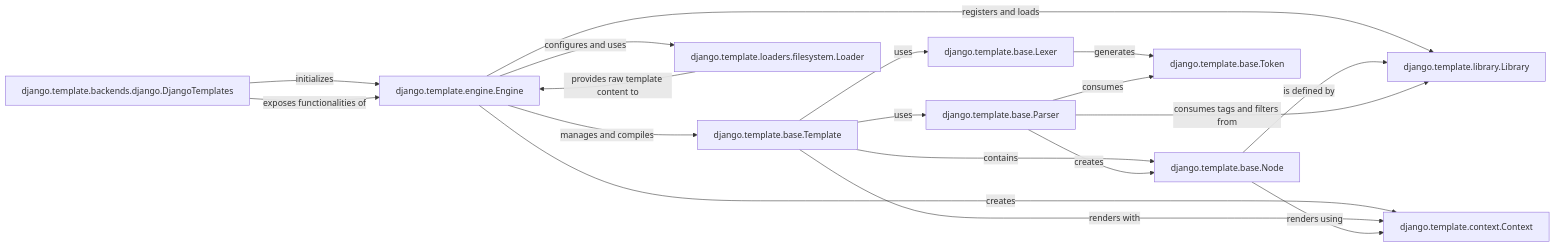
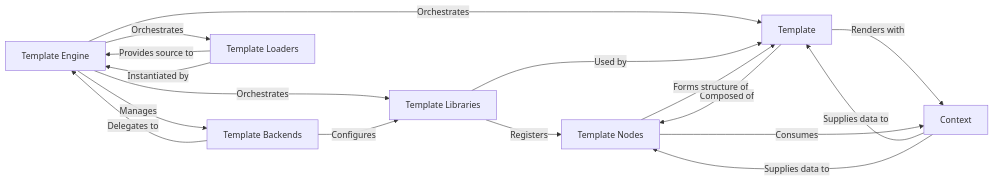
One commit to CodeBoarding/GeneratedOnBoardings changed the diagram in django/Template_Engine.md. Above: the diagram before and after it, drawn with Mermaid. The commit also changed other lines of this file and 70 other files, not shown here.

````diff
--- a/django/Template_Engine.md
+++ b/django/Template_Engine.md
@@ -1,40 +1,30 @@
 ```mermaid
 graph LR
-    django_template_engine_Engine["django.template.engine.Engine"]
-    django_template_base_Template["django.template.base.Template"]
-    django_template_context_Context["django.template.context.Context"]
-    django_template_library_Library["django.template.library.Library"]
-    django_template_loaders_filesystem_Loader["django.template.loaders.filesystem.Loader"]
-    django_template_base_Lexer["django.template.base.Lexer"]
-    django_template_base_Parser["django.template.base.Parser"]
-    django_template_base_Node["django.template.base.Node"]
-    django_template_base_Token["django.template.base.Token"]
-    django_template_backends_django_DjangoTemplates["django.template.backends.django.DjangoTemplates"]
-    django_template_engine_Engine -- "configures and uses" --> django_template_loaders_filesystem_Loader
-    django_template_engine_Engine -- "manages and compiles" --> django_template_base_Template
-    django_template_engine_Engine -- "registers and loads" --> django_template_library_Library
-    django_template_engine_Engine -- "creates" --> django_template_context_Context
-    django_template_base_Template -- "uses" --> django_template_base_Lexer
-    django_template_base_Template -- "uses" --> django_template_base_Parser
-    django_template_base_Template -- "renders with" --> django_template_context_Context
-    django_template_base_Template -- "contains" --> django_template_base_Node
-    django_template_base_Node -- "renders using" --> django_template_context_Context
-    django_template_base_Node -- "is defined by" --> django_template_library_Library
-    django_template_base_Parser -- "consumes tags and filters from" --> django_template_library_Library
-    django_template_loaders_filesystem_Loader -- "provides raw template content to" --> django_template_engine_Engine
-    django_template_base_Lexer -- "generates" --> django_template_base_Token
-    django_template_base_Parser -- "consumes" --> django_template_base_Token
-    django_template_base_Parser -- "creates" --> django_template_base_Node
-    django_template_backends_django_DjangoTemplates -- "initializes" --> django_template_engine_Engine
-    django_template_backends_django_DjangoTemplates -- "exposes functionalities of" --> django_template_engine_Engine
-    click django_template_engine_Engine href "https://github.com/CodeBoarding/GeneratedOnBoardings/blob/main//django/django_template_engine_Engine.md" "Details"
-    click django_template_base_Template href "https://github.com/CodeBoarding/GeneratedOnBoardings/blob/main//django/django_template_base_Template.md" "Details"
-    click django_template_context_Context href "https://github.com/CodeBoarding/GeneratedOnBoardings/blob/main//django/django_template_context_Context.md" "Details"
-    click django_template_library_Library href "https://github.com/CodeBoarding/GeneratedOnBoardings/blob/main//django/django_template_library_Library.md" "Details"
-    click django_template_loaders_filesystem_Loader href "https://github.com/CodeBoarding/GeneratedOnBoardings/blob/main//django/django_template_loaders_filesystem_Loader.md" "Details"
-    click django_template_base_Lexer href "https://github.com/CodeBoarding/GeneratedOnBoardings/blob/main//django/django_template_base_Lexer.md" "Details"
-    click django_template_base_Parser href "https://github.com/CodeBoarding/GeneratedOnBoardings/blob/main//django/django_template_base_Parser.md" "Details"
-    click django_template_base_Node href "https://github.com/CodeBoarding/GeneratedOnBoardings/blob/main//django/django_template_base_Node.md" "Details"
-    click django_template_base_Token href "https://github.com/CodeBoarding/GeneratedOnBoardings/blob/main//django/django_template_base_Token.md" "Details"
-    click django_template_backends_django_DjangoTemplates href "https://github.com/CodeBoarding/GeneratedOnBoardings/blob/main//django/django_template_backends_django_DjangoTemplates.md" "Details"
+    Template_Engine["Template Engine"]
+    Template_Backends["Template Backends"]
+    Template["Template"]
+    Context["Context"]
+    Template_Loaders["Template Loaders"]
+    Template_Libraries["Template Libraries"]
+    Template_Nodes["Template Nodes"]
+    Template_Engine -- "Manages" --> Template_Backends
+    Template_Engine -- "Orchestrates" --> Template_Loaders
+    Template_Engine -- "Orchestrates" --> Template_Libraries
+    Template_Engine -- "Orchestrates" --> Template
+    Template_Backends -- "Delegates to" --> Template_Engine
+    Template_Backends -- "Configures" --> Template_Libraries
+    Template -- "Composed of" --> Template_Nodes
+    Template -- "Renders with" --> Context
+    Context -- "Supplies data to" --> Template
+    Context -- "Supplies data to" --> Template_Nodes
+    Template_Loaders -- "Provides source to" --> Template_Engine
+    Template_Loaders -- "Instantiated by" --> Template_Engine
+    Template_Libraries -- "Registers" --> Template_Nodes
+    Template_Libraries -- "Used by" --> Template
+    Template_Nodes -- "Forms structure of" --> Template
+    Template_Nodes -- "Consumes" --> Context
+    click Template_Engine href "https://github.com/CodeBoarding/GeneratedOnBoardings/blob/main//django/Template_Engine.md" "Details"
+    click Template href "https://github.com/CodeBoarding/GeneratedOnBoardings/blob/main//django/Template.md" "Details"
+    click Context href "https://github.com/CodeBoarding/GeneratedOnBoardings/blob/main//django/Context.md" "Details"
+    click Template_Loaders href "https://github.com/CodeBoarding/GeneratedOnBoardings/blob/main//django/Template_Loaders.md" "Details"
 ```
````
